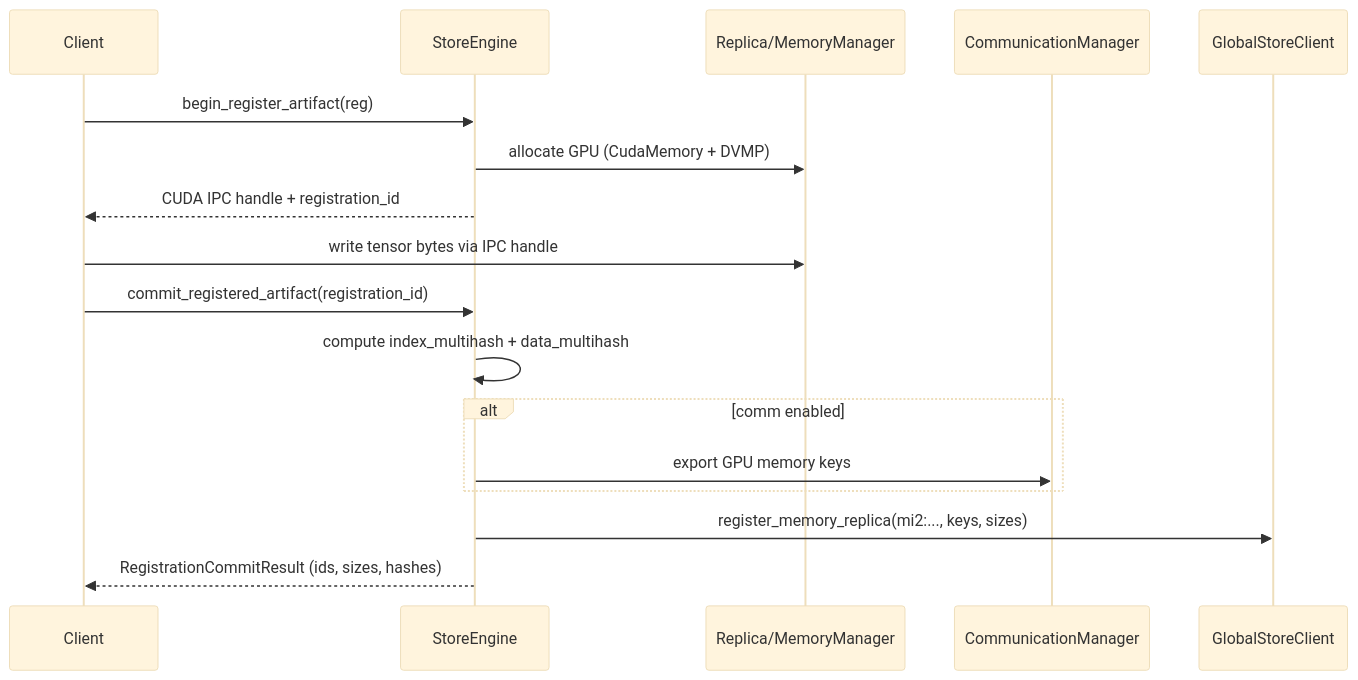
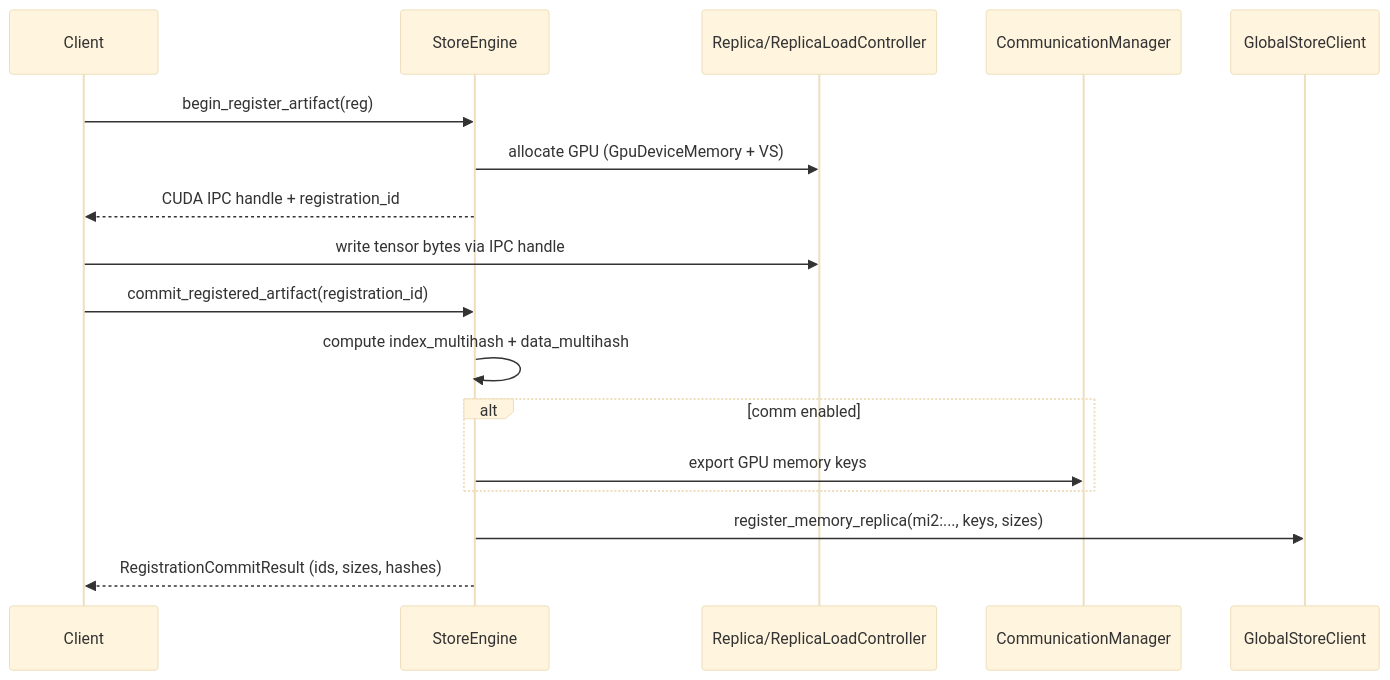
Before and after one commit to tensorcast-ai/tensorcast: the fourth of 6 diagrams in core/store/README.md, drawn with Mermaid (base theme). The commit also changed other lines of this file and 155 other files, not shown here.

````diff
--- a/core/store/README.md
+++ b/core/store/README.md
@@ -172,20 +182,20 @@
 ```mermaid
 sequenceDiagram
   participant Client
   participant SE as StoreEngine
-  participant REP as Replica/MemoryManager
+  participant REP as Replica/ReplicaLoadController
   participant CMN as CommunicationManager
   participant GS as GlobalStoreClient
 
   Client->>SE: begin_register_artifact(reg)
-  SE->>REP: allocate GPU (CudaMemory + DVMP)
+  SE->>REP: allocate GPU (GpuDeviceMemory + VS)
   SE-->>Client: CUDA IPC handle + registration_id
   Client->>REP: write tensor bytes via IPC handle
   Client->>SE: commit_registered_artifact(registration_id)
   SE->>SE: compute index_multihash + data_multihash
   alt comm enabled
     SE->>CMN: export GPU memory keys
   end
   SE->>GS: register_memory_replica(mi2:..., keys, sizes)
   SE-->>Client: RegistrationCommitResult (ids, sizes, hashes)
 ```
````
